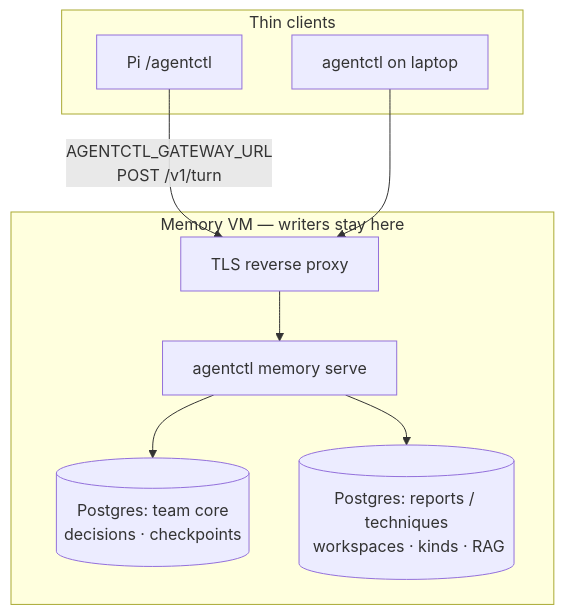
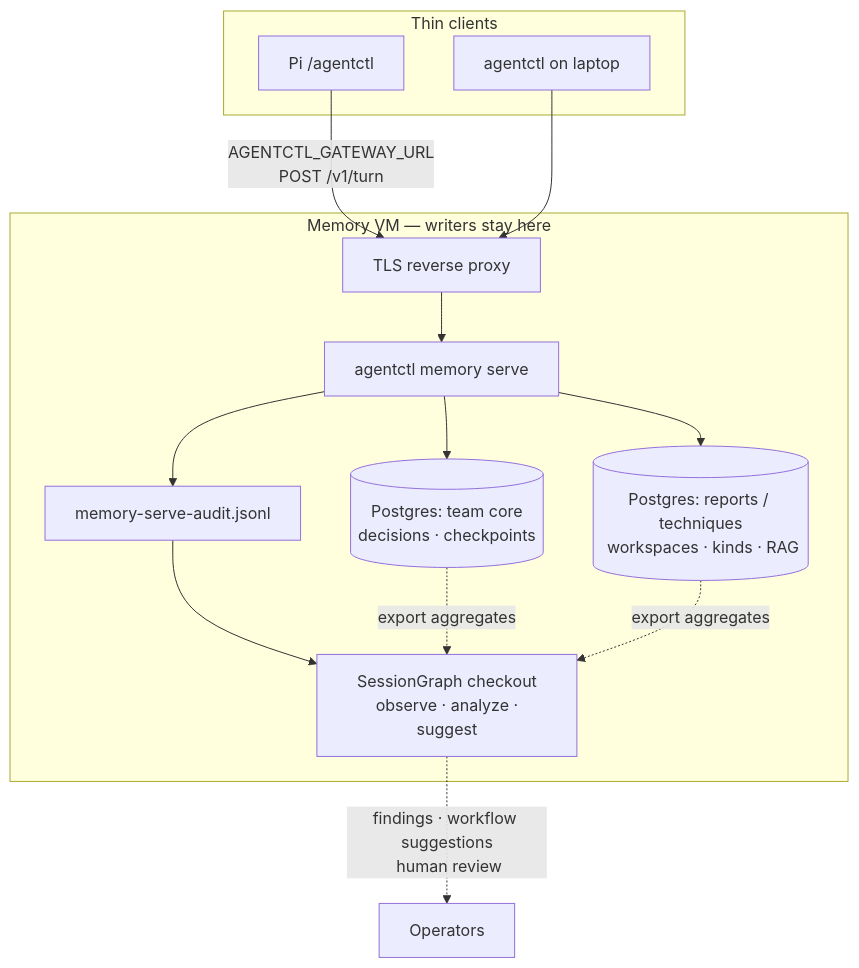
The second of 3 diagrams in README.md (LifeTimeScriptKiddie/agentctl), drawn with Mermaid before and after one commit. The commit also changed other lines of this file and 1 other file, not shown here.

First line of the commit message:
Document SessionGraph as backend observer on the memory VM.

````diff
--- a/README.md
+++ b/README.md
@@ -78,20 +78,27 @@
 ```mermaid
 flowchart TB
   subgraph clients [Thin clients]
     Pi[Pi /agentctl]
     CLI[agentctl on laptop]
   end
 
   subgraph vm [Memory VM — writers stay here]
     TLS[TLS reverse proxy]
     Serve["agentctl memory serve"]
     DB1[(Postgres: team core\n decisions · checkpoints)]
     DB2[(Postgres: reports / techniques\n workspaces · kinds · RAG)]
+    Audit["memory-serve-audit.jsonl"]
+    SG[SessionGraph checkout\n observe · analyze · suggest]
     Serve --> DB1
     Serve --> DB2
+    Serve --> Audit
+    Audit --> SG
+    DB1 -.->|export aggregates| SG
+    DB2 -.->|export aggregates| SG
     TLS --> Serve
   end
 
   Pi -->|"AGENTCTL_GATEWAY_URL\nPOST /v1/turn"| TLS
   CLI --> TLS
+  SG -.->|findings · workflow suggestions\n human review| Ops[Operators]
 ```
````
